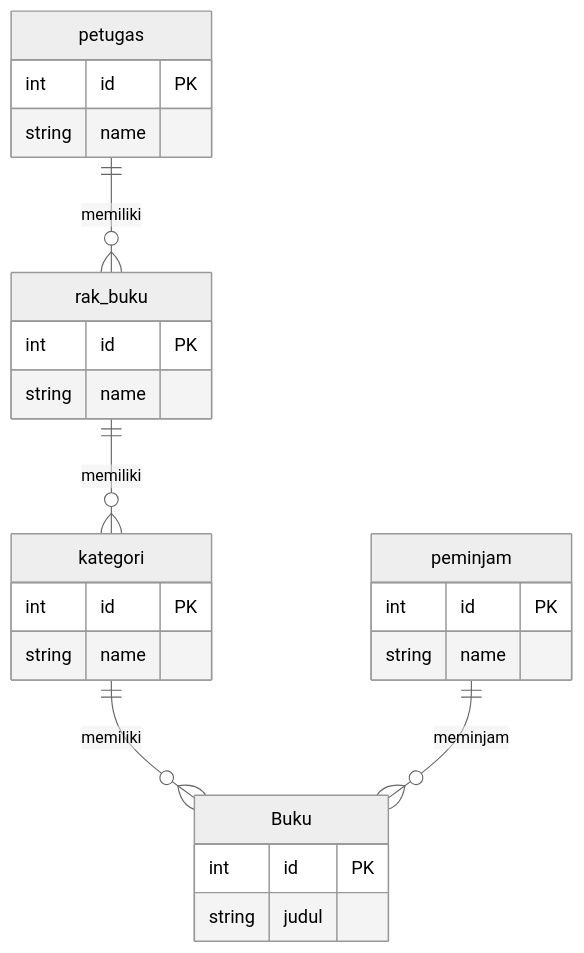
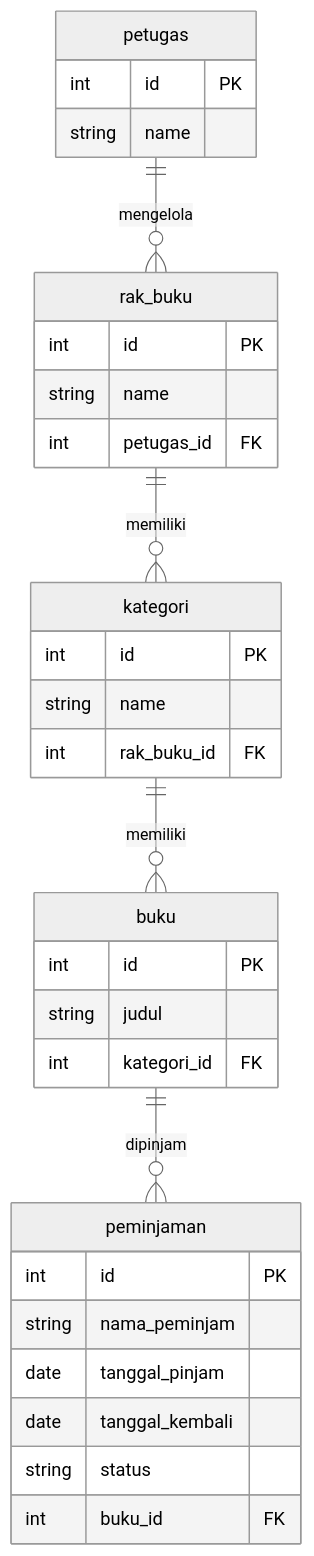
Before and after one commit to hilmy07/koda-b5-db1: the diagram in minitask1.md, drawn with Mermaid (neutral theme).

Commit message:
fix: update minitask 1

````diff
--- a/minitask1.md
+++ b/minitask1.md
@@ -1,37 +1,41 @@
 ```mermaid
 
 erDiagram
-Buku {
-    int id PK
-    string judul
-}
+    petugas {
+        int id PK
+        string name
+    }
 
-kategori {
-    int id PK
-    string name
-}
+    rak_buku {
+        int id PK
+        string name
+        int petugas_id FK
+    }
 
-rak_buku {
-    int id PK
-    string name
-}
+    kategori {
+        int id PK
+        string name
+        int rak_buku_id FK
+    }
 
-petugas {
-    int id PK
-    string name
-}
+    buku {
+        int id PK
+        string judul
+        int kategori_id FK
+    }
 
-peminjam {
-    int id PK
-    string name
-}
+    peminjaman {
+        int id PK
+        string nama_peminjam
+        date tanggal_pinjam
+        date tanggal_kembali
+        string status
+        int buku_id FK
+    }
 
-rak_buku ||--o{kategori : memiliki
-
-kategori ||--o{Buku : memiliki
-
-petugas ||--o{rak_buku : memiliki
-
-peminjam ||--o{Buku : meminjam
+    petugas ||--o{ rak_buku : mengelola
+    rak_buku ||--o{ kategori : memiliki
+    kategori ||--o{ buku : memiliki
+    buku ||--o{ peminjaman : dipinjam
 
 ```
````
